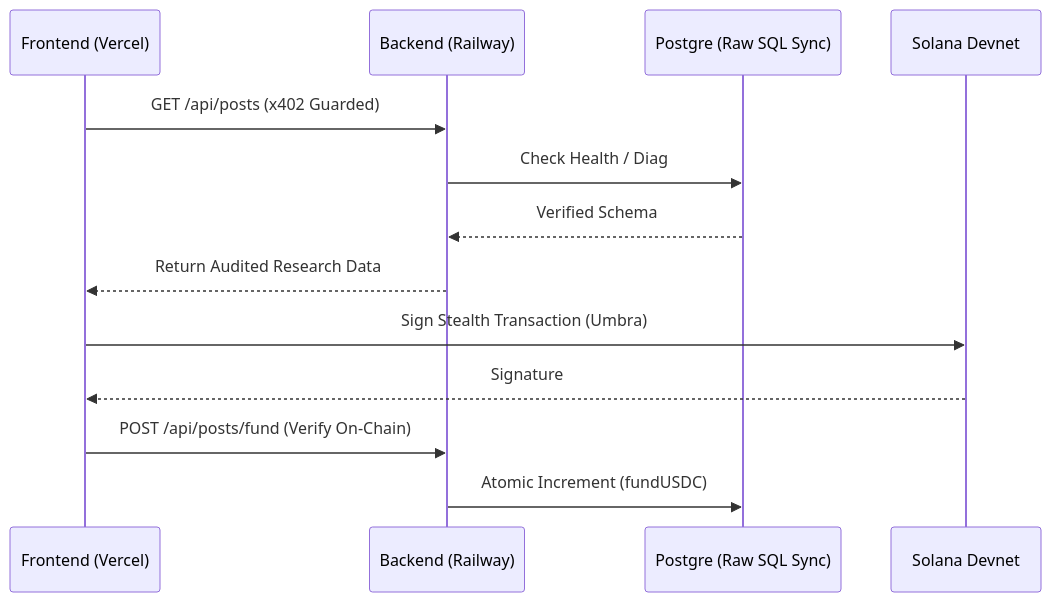
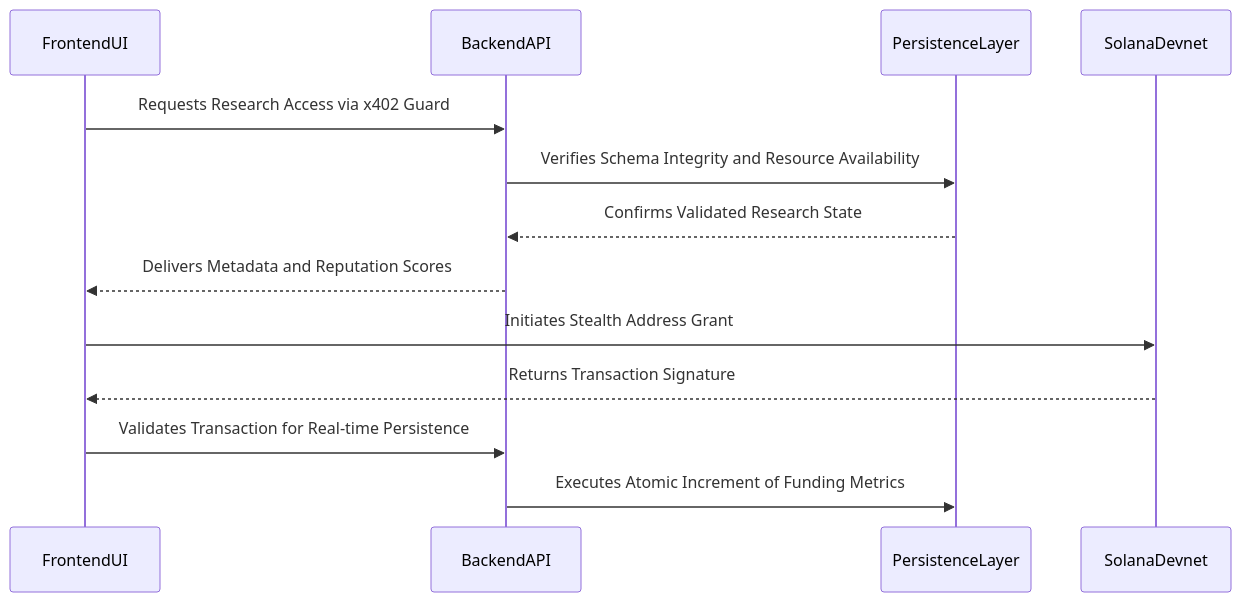
One commit to Joseph-hackathon/Biotry changed the second of 2 diagrams in README.md. Above: the diagram before and after it, drawn with Mermaid. The commit also changed other lines of this file, not shown here.

````diff
--- a/README.md
+++ b/README.md
@@ -73,16 +83,16 @@
 ```mermaid
 sequenceDiagram
-    participant FE as Frontend (Vercel)
-    participant BE as Backend (Railway)
-    participant DB as Postgre (Raw SQL Sync)
-    participant SOL as Solana Devnet
+    participant FrontendUI
+    participant BackendAPI
+    participant PersistenceLayer
+    participant SolanaDevnet
 
-    FE->>BE: GET /api/posts (x402 Guarded)
-    BE->>DB: Check Health / Diag
-    DB-->>BE: Verified Schema
-    BE-->>FE: Return Audited Research Data
-    FE->>SOL: Sign Stealth Transaction (Umbra)
-    SOL-->>FE: Signature
-    FE->>BE: POST /api/posts/fund (Verify On-Chain)
-    BE->>DB: Atomic Increment (fundUSDC)
+    FrontendUI->>BackendAPI: Requests Research Access via x402 Guard
+    BackendAPI->>PersistenceLayer: Verifies Schema Integrity and Resource Availability
+    PersistenceLayer-->>BackendAPI: Confirms Validated Research State
+    BackendAPI-->>FrontendUI: Delivers Metadata and Reputation Scores
+    FrontendUI->>SolanaDevnet: Initiates Stealth Address Grant
+    SolanaDevnet-->>FrontendUI: Returns Transaction Signature
+    FrontendUI->>BackendAPI: Validates Transaction for Real-time Persistence
+    BackendAPI->>PersistenceLayer: Executes Atomic Increment of Funding Metrics
 ```
````
